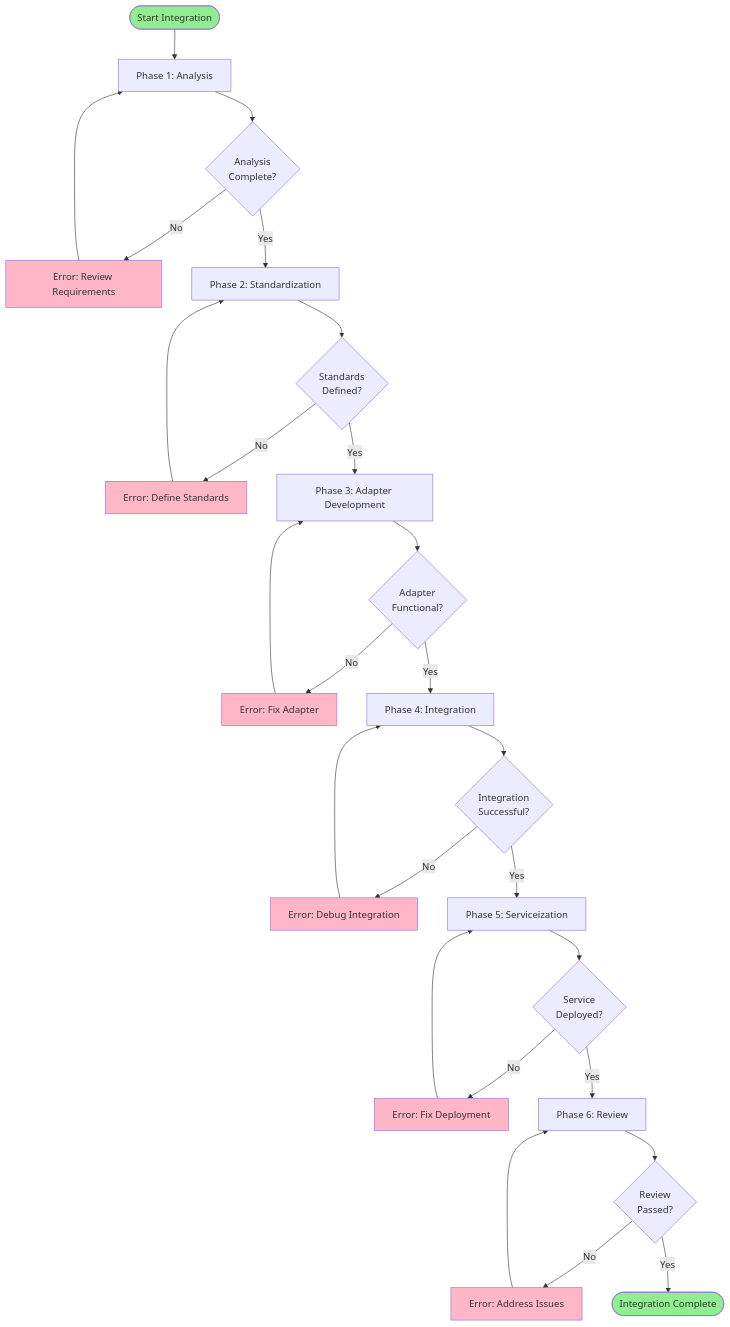
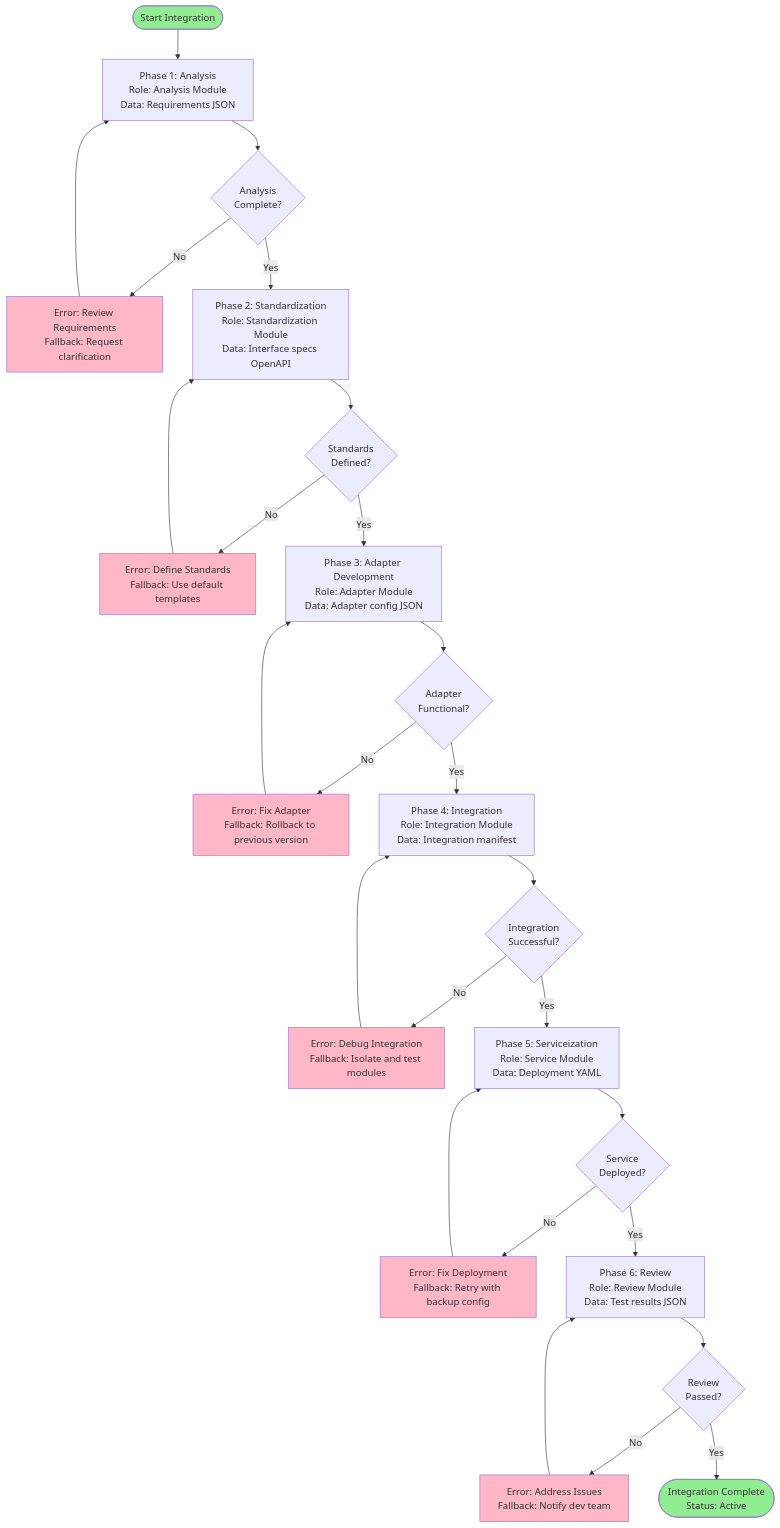
The first of 3 diagrams in FLOWCHART.md (sunghunkwag/architecture-merge-roadmap), drawn with Mermaid before and after one commit. The commit also changed other lines of this file, not shown here.

Commit message:
Expand flowchart with module details, data, and usage scenario.

````diff
--- a/FLOWCHART.md
+++ b/FLOWCHART.md
@@ -7,48 +34,42 @@
 ```mermaid
 flowchart TD
-    Start([Start Integration]) --> Analysis[Phase 1: Analysis]
-    Analysis --> AnalysisCheck{Analysis
-Complete?}
-    AnalysisCheck -->|No| AnalysisError[Error: Review Requirements]
+    Start([Start Integration]) --> Analysis[Phase 1: Analysis<br/>Role: Analysis Module<br/>Data: Requirements JSON]
+    Analysis --> AnalysisCheck{Analysis<br/>Complete?}
+    AnalysisCheck -->|No| AnalysisError[Error: Review Requirements<br/>Fallback: Request clarification]
     AnalysisError --> Analysis
-    AnalysisCheck -->|Yes| Standardization[Phase 2: Standardization]
+    AnalysisCheck -->|Yes| Standardization[Phase 2: Standardization<br/>Role: Standardization Module<br/>Data: Interface specs OpenAPI]
     
-    Standardization --> StandardCheck{Standards
-Defined?}
-    StandardCheck -->|No| StandardError[Error: Define Standards]
+    Standardization --> StandardCheck{Standards<br/>Defined?}
+    StandardCheck -->|No| StandardError[Error: Define Standards<br/>Fallback: Use default templates]
     StandardError --> Standardization
-    StandardCheck -->|Yes| Adapter[Phase 3: Adapter Development]
+    StandardCheck -->|Yes| Adapter[Phase 3: Adapter Development<br/>Role: Adapter Module<br/>Data: Adapter config JSON]
     
-    Adapter --> AdapterCheck{Adapter
-Functional?}
-    AdapterCheck -->|No| AdapterError[Error: Fix Adapter]
+    Adapter --> AdapterCheck{Adapter<br/>Functional?}
+    AdapterCheck -->|No| AdapterError[Error: Fix Adapter<br/>Fallback: Rollback to previous version]
     AdapterError --> Adapter
-    AdapterCheck -->|Yes| Integration[Phase 4: Integration]
+    AdapterCheck -->|Yes| Integration[Phase 4: Integration<br/>Role: Integration Module<br/>Data: Integration manifest]
     
-    Integration --> IntegrationCheck{Integration
-Successful?}
-    IntegrationCheck -->|No| IntegrationError[Error: Debug Integration]
+    Integration --> IntegrationCheck{Integration<br/>Successful?}
+    IntegrationCheck -->|No| IntegrationError[Error: Debug Integration<br/>Fallback: Isolate and test modules]
     IntegrationError --> Integration
-    IntegrationCheck -->|Yes| Serviceization[Phase 5: Serviceization]
+    IntegrationCheck -->|Yes| Serviceization[Phase 5: Serviceization<br/>Role: Service Module<br/>Data: Deployment YAML]
     
-    Serviceization --> ServiceCheck{Service
-Deployed?}
-    ServiceCheck -->|No| ServiceError[Error: Fix Deployment]
+    Serviceization --> ServiceCheck{Service<br/>Deployed?}
+    ServiceCheck -->|No| ServiceError[Error: Fix Deployment<br/>Fallback: Retry with backup config]
     ServiceError --> Serviceization
-    ServiceCheck -->|Yes| Review[Phase 6: Review]
+    ServiceCheck -->|Yes| Review[Phase 6: Review<br/>Role: Review Module<br/>Data: Test results JSON]
     
-    Review --> ReviewCheck{Review
-Passed?}
-    ReviewCheck -->|No| ReviewError[Error: Address Issues]
+    Review --> ReviewCheck{Review<br/>Passed?}
+    ReviewCheck -->|No| ReviewError[Error: Address Issues<br/>Fallback: Notify dev team]
     ReviewError --> Review
-    ReviewCheck -->|Yes| Complete([Integration Complete])
+    ReviewCheck -->|Yes| Complete([Integration Complete<br/>Status: Active])
     
     style Start fill:#90EE90
     style Complete fill:#90EE90
     style AnalysisError fill:#FFB6C6
     style StandardError fill:#FFB6C6
     style AdapterError fill:#FFB6C6
     style IntegrationError fill:#FFB6C6
     style ServiceError fill:#FFB6C6
     style ReviewError fill:#FFB6C6
 ```
````
